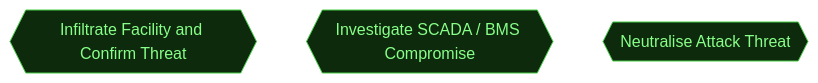
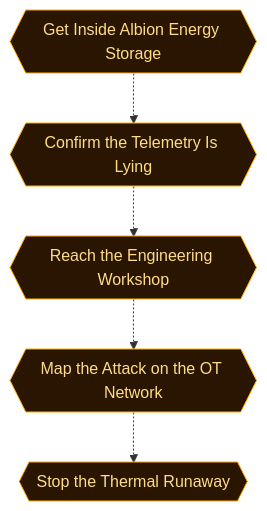
One commit to cliffe/BreakEscapeGame changed the second of 5 diagrams in scenarios/m04_critical_failure/dungeon_graph.md. Above: the diagram before and after it, drawn with Mermaid. The commit also changed other lines of this file and 42 other files, not shown here.

````diff
--- a/scenarios/m04_critical_failure/dungeon_graph.md
+++ b/scenarios/m04_critical_failure/dungeon_graph.md
@@ -164,25 +164,31 @@
 ```mermaid
 flowchart TD
 
   classDef room      fill:#0f2d2d,stroke:#22ddcc,color:#a0ffee
   classDef lock      fill:#2d0f0f,stroke:#e66060,color:#ffa0a0
   classDef key       fill:#2d0812,stroke:#e66060,color:#ffa0a0
   classDef item      fill:#2d1200,stroke:#e89030,color:#ffcc80
   classDef gate      fill:#111,stroke:#666,color:#eee
   classDef vm        fill:#0c1f40,stroke:#4a90d9,color:#a0c8ff
   classDef flag      fill:#1a0c2d,stroke:#9060d0,color:#cc99ff
   classDef action    fill:#1a1200,stroke:#cc9922,color:#ffee88
   classDef aim       fill:#0d2a0d,stroke:#44cc44,color:#88ff88
   classDef aim_gate  fill:#111111,stroke:#44cc44,color:#44cc44
   classDef container fill:#1a2d1a,stroke:#60b060,color:#a0e0a0
   classDef npc       fill:#2d1f0d,stroke:#d0a050,color:#ffe0a0
   classDef critical  fill:#2a1500,stroke:#ffaa00,color:#ffdd88
   classDef start     fill:#003322,stroke:#00ffaa,color:#00ffaa
 
-  aim_infiltrate_facility{{"Infiltrate Facility and Confirm Threat"}}
-  aim_investigate_scada_compromise{{"Investigate SCADA / BMS Compromise"}}
-  aim_neutralize_attack_threat{{"Neutralise Attack Threat"}}
+  aim_get_inside{{"Get Inside Albion Energy Storage"}}
+  aim_confirm_the_lie{{"Confirm the Telemetry Is Lying"}}
+  aim_reach_the_workshop{{"Reach the Engineering Workshop"}}
+  aim_map_the_attack{{"Map the Attack on the OT Network"}}
+  aim_stop_the_runaway{{"Stop the Thermal Runaway"}}
 
+  aim_get_inside -.-> aim_confirm_the_lie
+  aim_confirm_the_lie -.-> aim_reach_the_workshop
+  aim_reach_the_workshop -.-> aim_map_the_attack
+  aim_map_the_attack -.-> aim_stop_the_runaway
 
-  class aim_infiltrate_facility,aim_investigate_scada_compromise,aim_neutralize_attack_threat aim
+  class aim_get_inside,aim_confirm_the_lie,aim_reach_the_workshop,aim_map_the_attack,aim_stop_the_runaway critical
 ```
````
